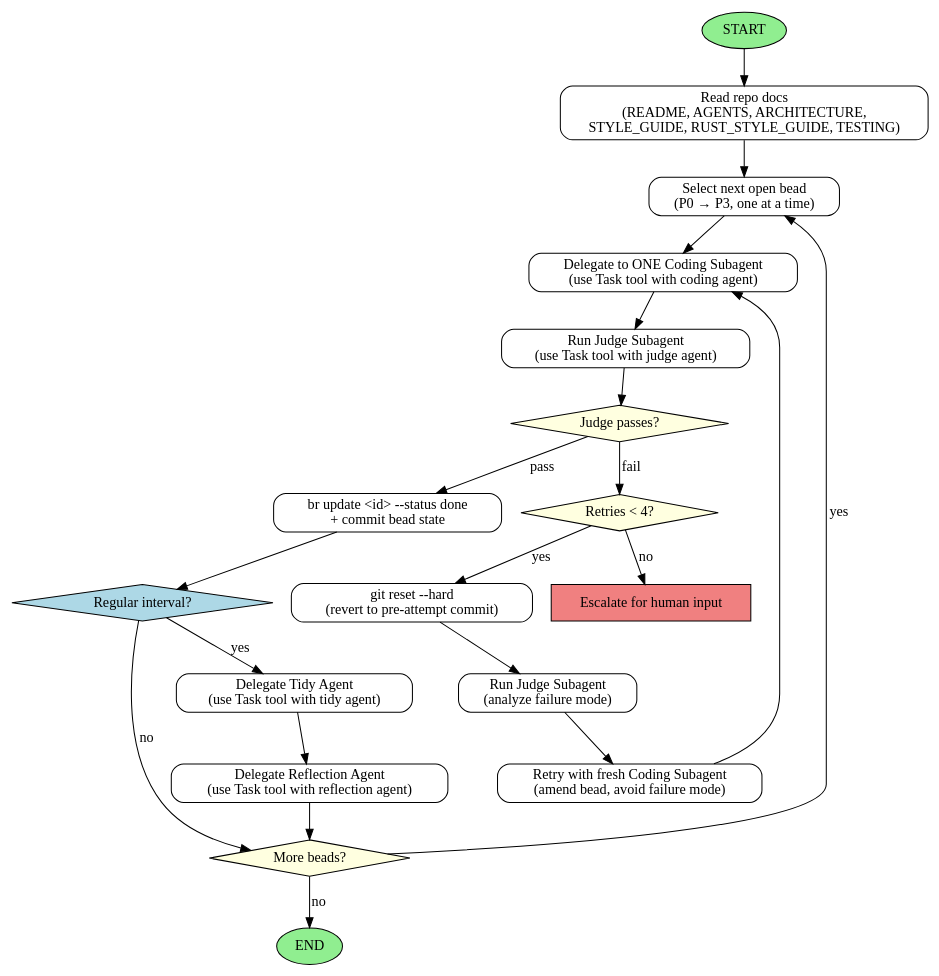
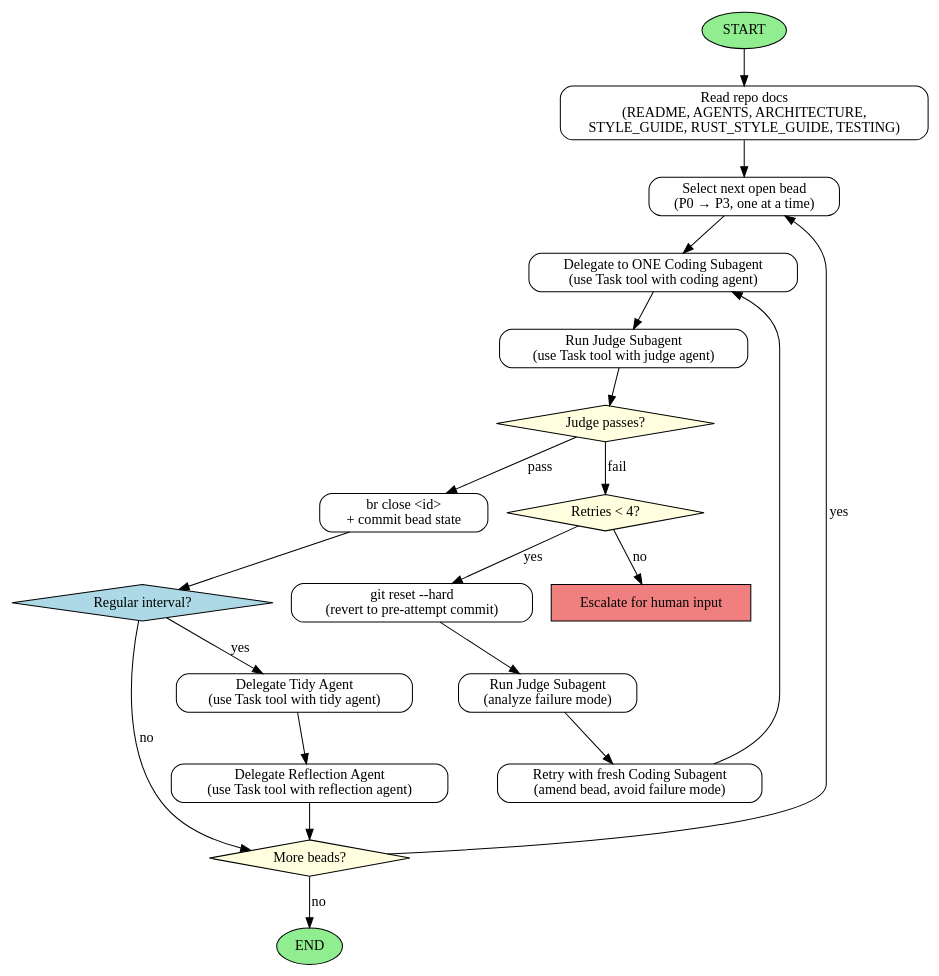
Before and after one commit to danverbraganza/pristine: the diagram in .claude/agents/coordinator.md, drawn with Graphviz. The commit also changed other lines of this file, not shown here.

Commit message:
Correct invalid br status-done instruction to br close in coordinator.md

````diff
--- a/.claude/agents/coordinator.md
+++ b/.claude/agents/coordinator.md
@@ -127,39 +127,39 @@
 ```dot
 digraph CoordinatorWorkflow {
   rankdir=TB;
   node [shape=box, style=rounded];
 
   START [shape=ellipse, style=filled, fillcolor=lightgreen];
   READ_DOCS [label="Read repo docs\n(README, AGENTS, ARCHITECTURE,\nSTYLE_GUIDE, RUST_STYLE_GUIDE, TESTING)"];
   PICK_BEAD [label="Select next open bead\n(P0 → P3, one at a time)"];
   DELEGATE [label="Delegate to ONE Coding Subagent\n(use Task tool with coding agent)"];
   JUDGE [label="Run Judge Subagent\n(use Task tool with judge agent)"];
   JUDGE_RESULT [shape=diamond, style=filled, fillcolor=lightyellow, label="Judge passes?"];
-  MARK_DONE [label="br update <id> --status done\n+ commit bead state"];
+  MARK_DONE [label="br close <id>\n+ commit bead state"];
   MORE [shape=diamond, style=filled, fillcolor=lightyellow, label="More beads?"];
   END [shape=ellipse, style=filled, fillcolor=lightgreen];
 
   RETRIES [shape=diamond, style=filled, fillcolor=lightyellow, label="Retries < 4?"];
   RESET [label="git reset --hard\n(revert to pre-attempt commit)"];
   JUDGE_FAILURE [label="Run Judge Subagent\n(analyze failure mode)"];
   REPROMPT [label="Retry with fresh Coding Subagent\n(amend bead, avoid failure mode)"];
   ESCALATE [shape=box, style=filled, fillcolor=lightcoral, label="Escalate for human input"];
 
   INTERVAL_CHECK [shape=diamond, style=filled, fillcolor=lightblue, label="Regular interval?"];
   TIDY [label="Delegate Tidy Agent\n(use Task tool with tidy agent)"];
   REFLECTION [label="Delegate Reflection Agent\n(use Task tool with reflection agent)"];
 
   START -> READ_DOCS -> PICK_BEAD -> DELEGATE -> JUDGE -> JUDGE_RESULT;
   JUDGE_RESULT -> MARK_DONE [label="pass"];
   JUDGE_RESULT -> RETRIES [label="fail"];
   RETRIES -> RESET [label="yes"];
   RESET -> JUDGE_FAILURE -> REPROMPT -> DELEGATE;
   RETRIES -> ESCALATE [label="no"];
   MARK_DONE -> INTERVAL_CHECK;
   INTERVAL_CHECK -> TIDY [label="yes"];
   TIDY -> REFLECTION -> MORE;
   INTERVAL_CHECK -> MORE [label="no"];
   MORE -> PICK_BEAD [label="yes"];
   MORE -> END [label="no"];
 }
 ```
````
